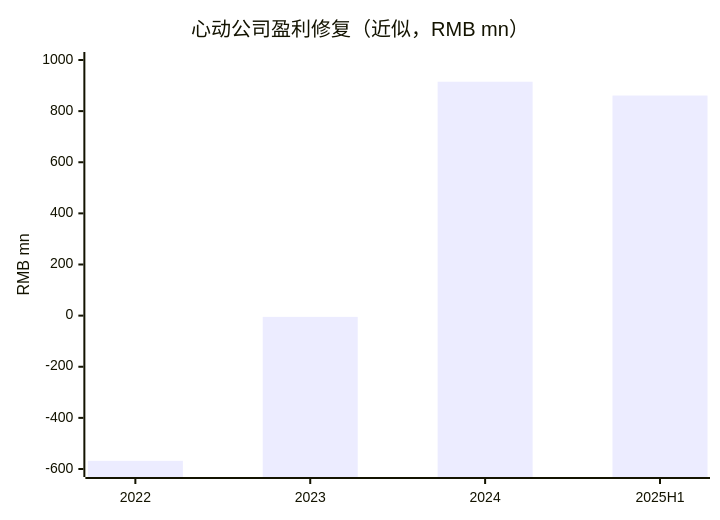
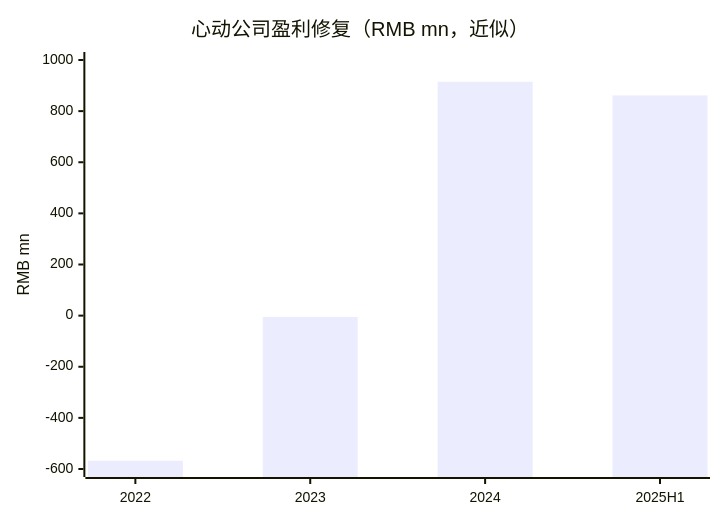
The first of 2 diagrams in xindong.md (z10g/stock_analysis), drawn with Mermaid before and after one commit. The commit also changed other lines of this file and 2 other files, not shown here.

````diff
--- a/xindong.md
+++ b/xindong.md
@@ -27,7 +27,7 @@
 ```mermaid
 xychart-beta
-  title "心动公司盈利修复（近似，RMB mn）"
+  title "心动公司盈利修复（RMB mn，近似）"
   x-axis [2022, 2023, 2024, 2025H1]
   y-axis "RMB mn" -600 --> 1000
-  bar [-568, -5, 915, 861]
+  bar [-567.9, -5.2, 914.8, 861.4]
 ```
````
